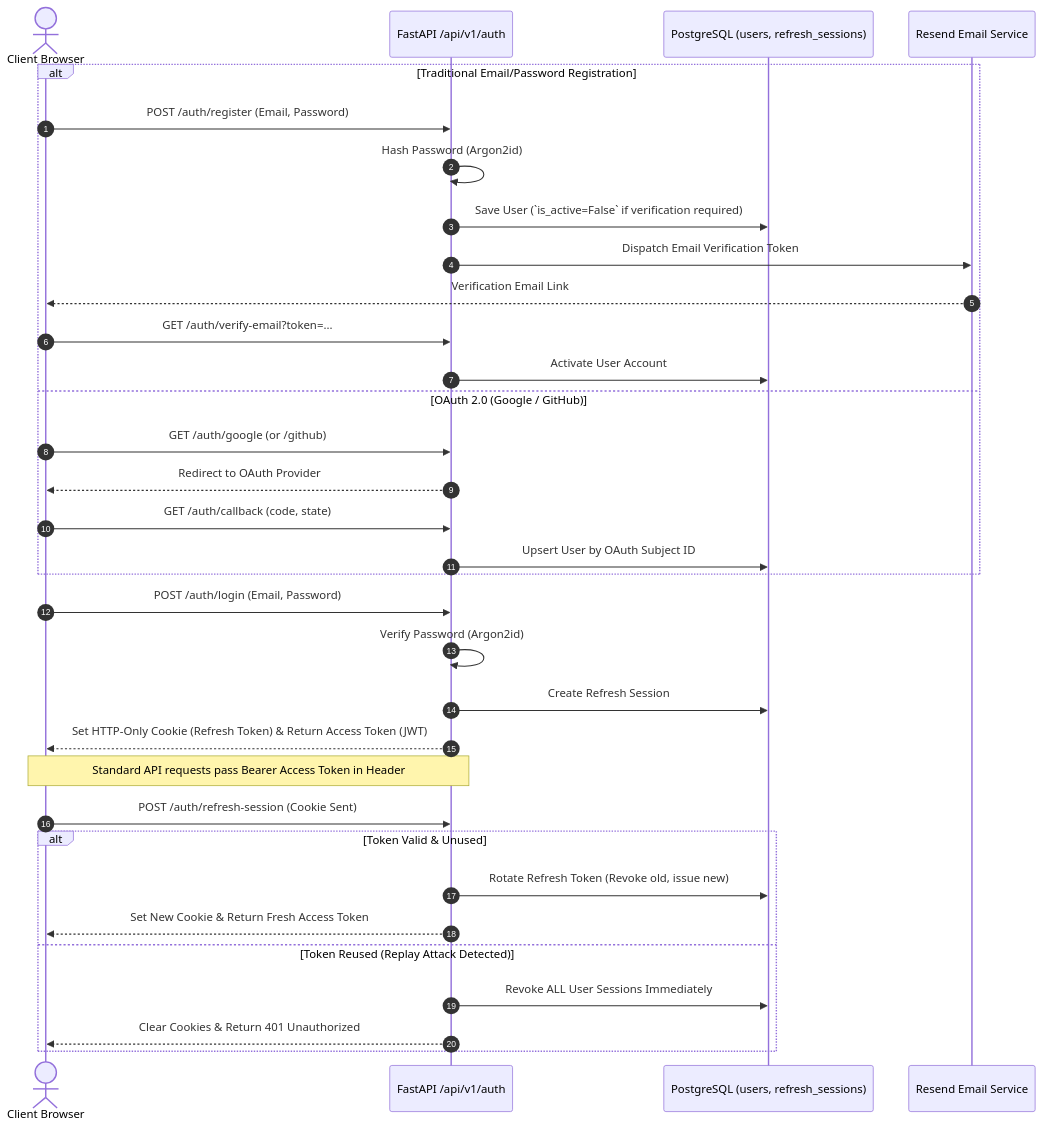
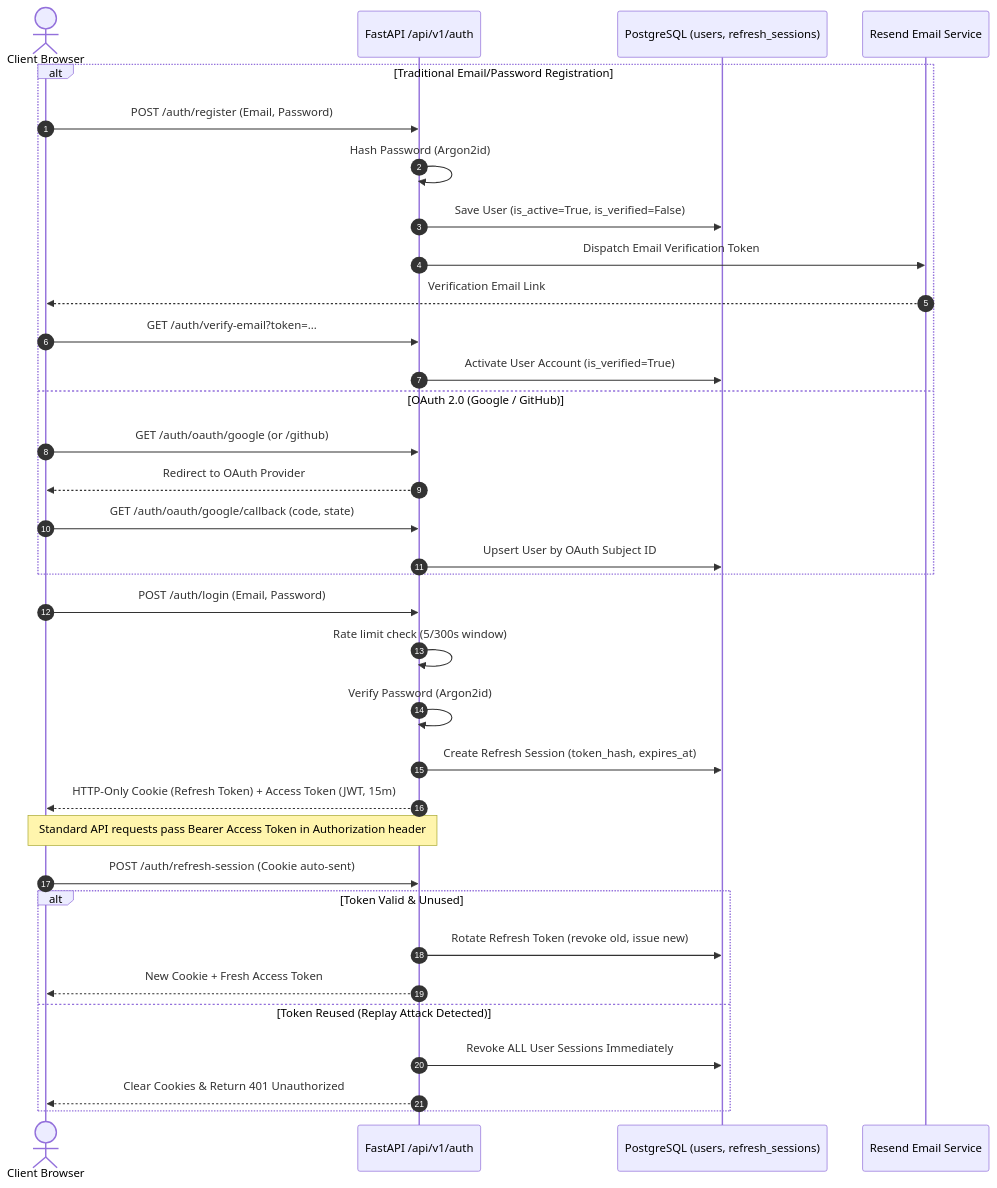
One commit to Satya-Naraharisetty/FusionRAG changed the fourth of 8 diagrams in ARCHITECTURE.md. Above: the diagram before and after it, drawn with Mermaid. The commit also changed other lines of this file and 2 other files, not shown here.

Commit message:
docs: update system architecture and documentation while adding new integration test suite

````diff
--- a/ARCHITECTURE.md
+++ b/ARCHITECTURE.md
@@ -103,39 +104,40 @@
 ```mermaid
 sequenceDiagram
     autonumber
     actor User as Client Browser
     participant API as FastAPI /api/v1/auth
     participant DB as PostgreSQL (users, refresh_sessions)
     participant Resend as Resend Email Service
 
     alt Traditional Email/Password Registration
         User->>API: POST /auth/register (Email, Password)
         API->>API: Hash Password (Argon2id)
-        API->>DB: Save User (`is_active=False` if verification required)
+        API->>DB: Save User (is_active=True, is_verified=False)
         API->>Resend: Dispatch Email Verification Token
         Resend-->>User: Verification Email Link
         User->>API: GET /auth/verify-email?token=...
-        API->>DB: Activate User Account
+        API->>DB: Activate User Account (is_verified=True)
     else OAuth 2.0 (Google / GitHub)
-        User->>API: GET /auth/google (or /github)
+        User->>API: GET /auth/oauth/google (or /github)
         API-->>User: Redirect to OAuth Provider
-        User->>API: GET /auth/callback (code, state)
+        User->>API: GET /auth/oauth/google/callback (code, state)
         API->>DB: Upsert User by OAuth Subject ID
     end
 
     User->>API: POST /auth/login (Email, Password)
+    API->>API: Rate limit check (5/300s window)
     API->>API: Verify Password (Argon2id)
-    API->>DB: Create Refresh Session
-    API-->>User: Set HTTP-Only Cookie (Refresh Token) & Return Access Token (JWT)
+    API->>DB: Create Refresh Session (token_hash, expires_at)
+    API-->>User: HTTP-Only Cookie (Refresh Token) + Access Token (JWT, 15m)
 
-    Note over User, API: Standard API requests pass Bearer Access Token in Header
+    Note over User, API: Standard API requests pass Bearer Access Token in Authorization header
 
-    User->>API: POST /auth/refresh-session (Cookie Sent)
+    User->>API: POST /auth/refresh-session (Cookie auto-sent)
     alt Token Valid & Unused
-        API->>DB: Rotate Refresh Token (Revoke old, issue new)
-        API-->>User: Set New Cookie & Return Fresh Access Token
+        API->>DB: Rotate Refresh Token (revoke old, issue new)
+        API-->>User: New Cookie + Fresh Access Token
     else Token Reused (Replay Attack Detected)
         API->>DB: Revoke ALL User Sessions Immediately
         API-->>User: Clear Cookies & Return 401 Unauthorized
     end
 ```
````
